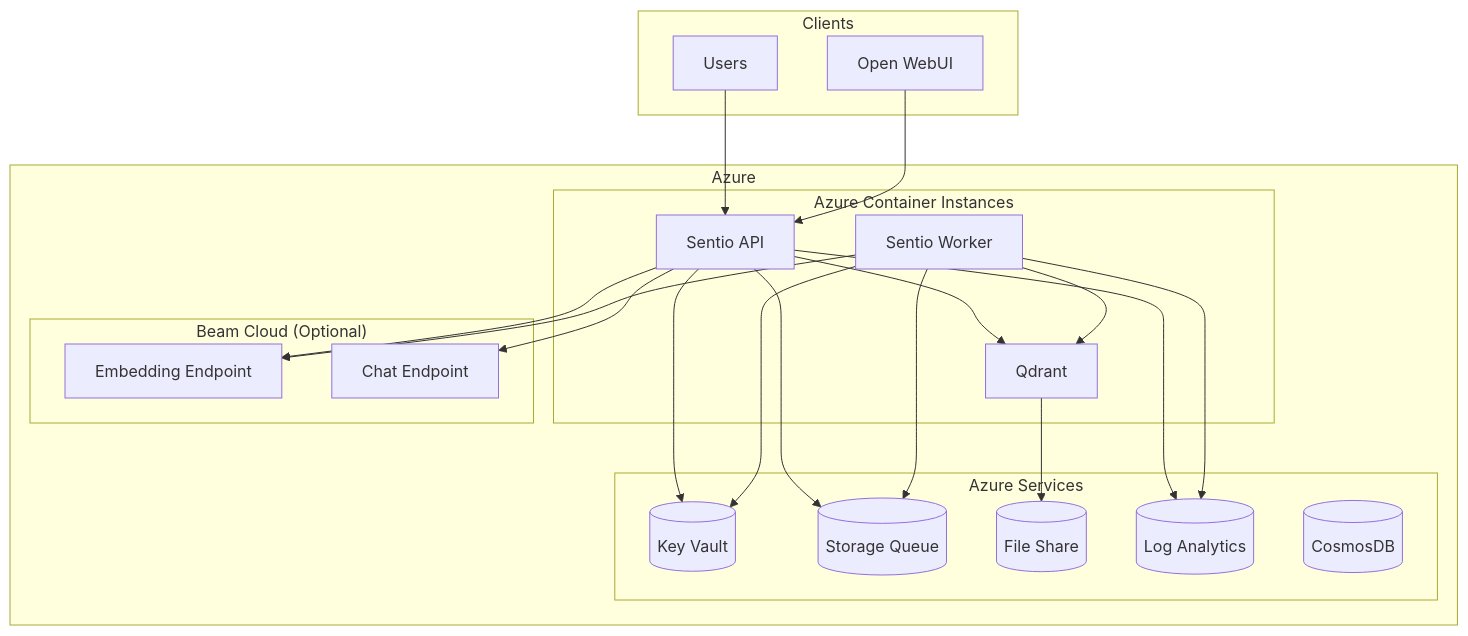
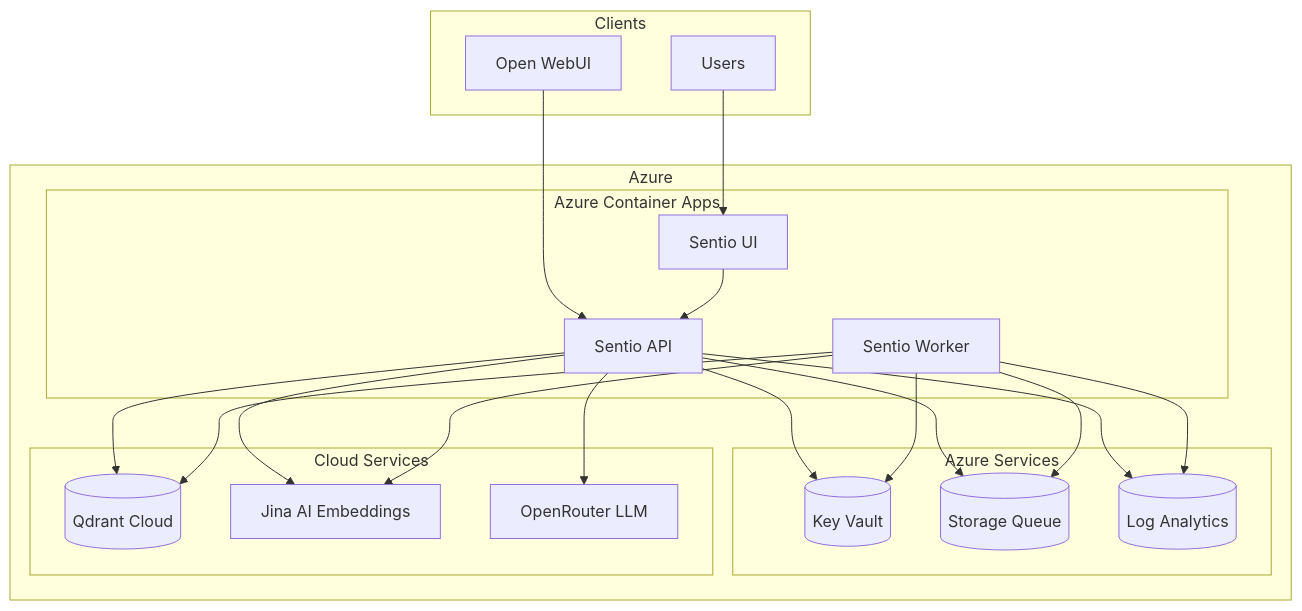
The second of 4 diagrams in README.md (chernistry/sentio), drawn with Mermaid before and after one commit. The commit also changed 4 other files, not shown here.

Commit message:
Update Azure container app configurations to enforce a maximum of 1 replica across all instances in deployment scripts and run.sh, ensuring resource optimization and consistency.

````diff
--- a/README.md
+++ b/README.md
@@ -84,46 +84,45 @@
 ```mermaid
 graph TD
     subgraph Clients
         U[Users]
         W[Open WebUI]
     end
 
     subgraph Azure
-        subgraph ACI ["Azure Container Instances"]
+        subgraph ACA ["Azure Container Apps"]
             API[Sentio API]
             Worker[Sentio Worker]
-            Qdrant[Qdrant]
+            UI[Sentio UI]
         end
 
         subgraph Services ["Azure Services"]
             KV[(Key Vault)]
             Queue[(Storage Queue)]
-            FS[(File Share)]
             LOG[(Log Analytics)]
-            CDB[(CosmosDB)]
         end
 
-        subgraph BeamCloud ["Beam Cloud (Optional)"]
-            EMBED[Embedding Endpoint]
-            CHAT[Chat Endpoint]
+        subgraph CloudServices ["Cloud Services"]
+            QdrantCloud[(Qdrant Cloud)]
+            JinaAI[Jina AI Embeddings]
+            OpenRouter[OpenRouter LLM]
         end
 
-        U --> API
+        U --> UI
         W --> API
 
         API --> Queue
-        API --> Qdrant
+        API --> QdrantCloud
         API --> KV
         API --> LOG
-        API --> EMBED
-        API --> CHAT
+        API --> JinaAI
+        API --> OpenRouter
 
         Worker --> Queue
-        Worker --> Qdrant
+        Worker --> QdrantCloud
         Worker --> KV
         Worker --> LOG
-        Worker --> EMBED
+        Worker --> JinaAI
 
-        Qdrant --> FS
+        UI --> API
     end
 ```
````
